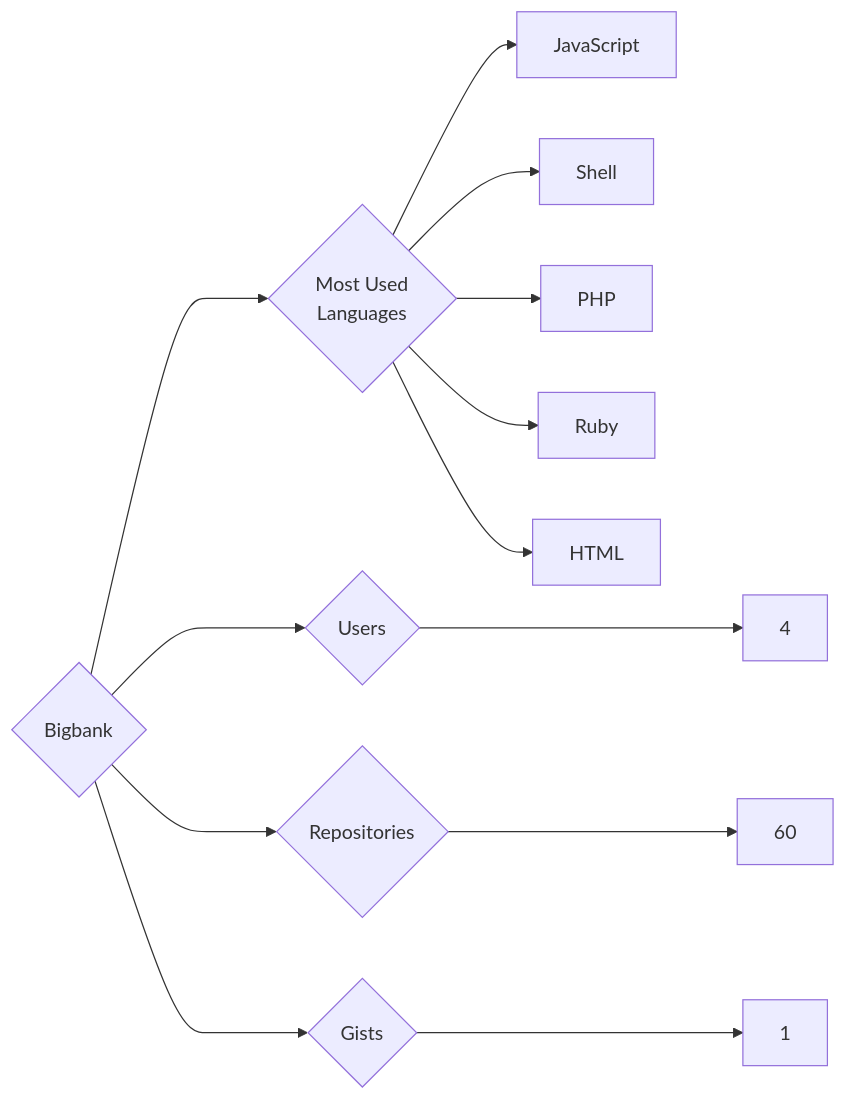
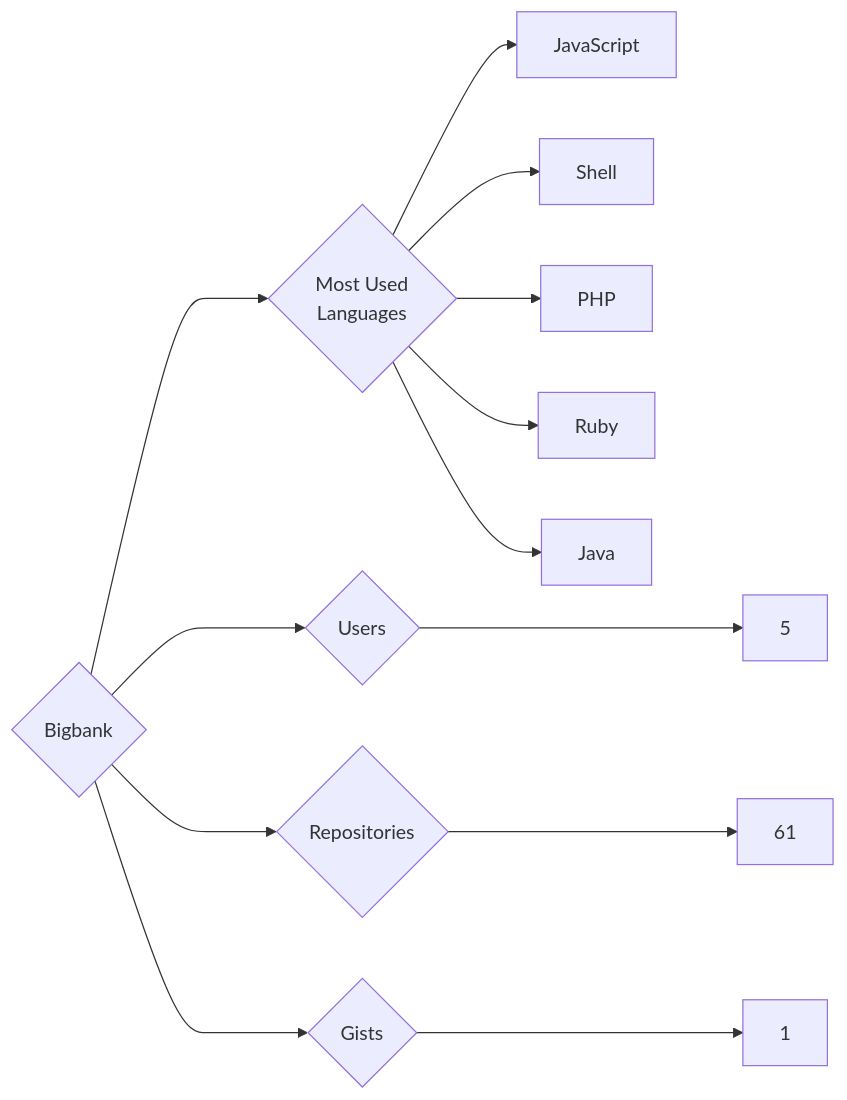
One commit to trickest/insiders changed the diagram in targets/Bigbank/README.md. Above: the diagram before and after it, drawn with Mermaid. The commit also changed 857 other files, not shown here.

````diff
--- a/targets/Bigbank/README.md
+++ b/targets/Bigbank/README.md
@@ -3,13 +3,13 @@
 ```mermaid
 graph LR
 COMPANY_NAME{Bigbank}
-COMPANY_NAME ---> U{Users} ---> UN[4]
-COMPANY_NAME ---> R{Repositories} ---> RN[60]
+COMPANY_NAME ---> U{Users} ---> UN[5]
+COMPANY_NAME ---> R{Repositories} ---> RN[61]
 COMPANY_NAME ---> G{Gists} ---> GN[1]
 COMPANY_NAME ---> ML{Most Used<br>Languages}
 ML --> JavaScript[JavaScript]
 ML --> Shell[Shell]
 ML --> PHP[PHP]
 ML --> Ruby[Ruby]
-ML --> HTML[HTML]
+ML --> Java[Java]
 ```
````
